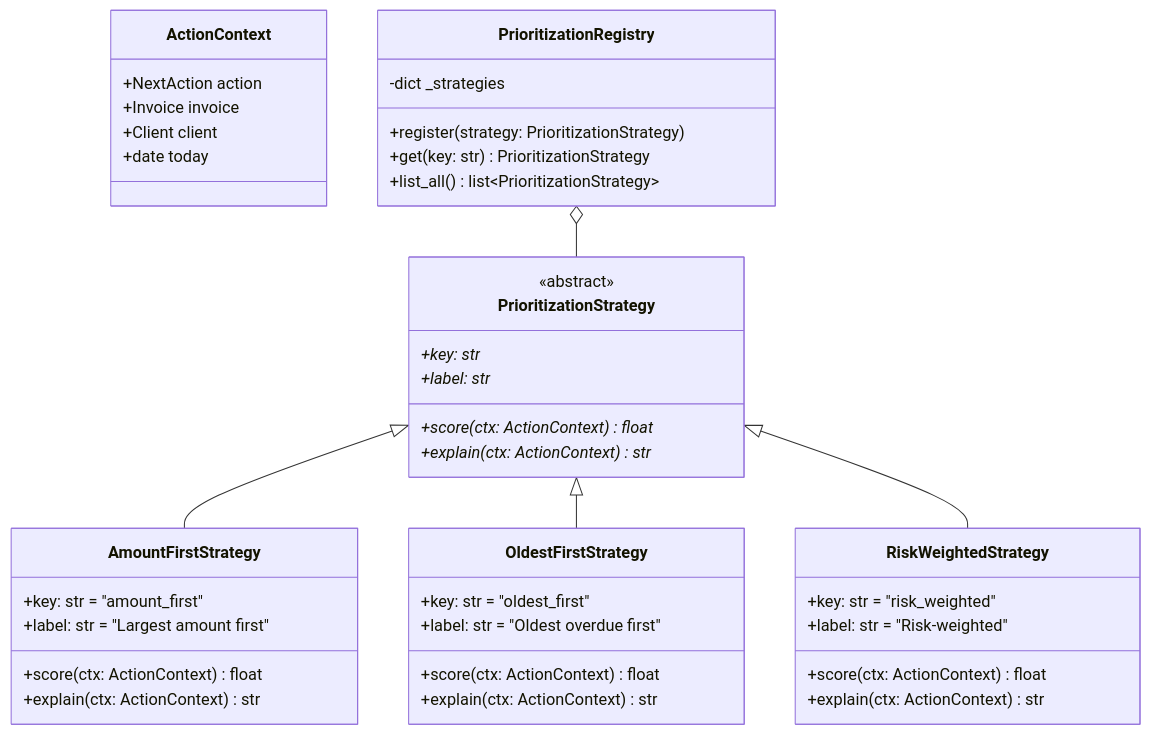
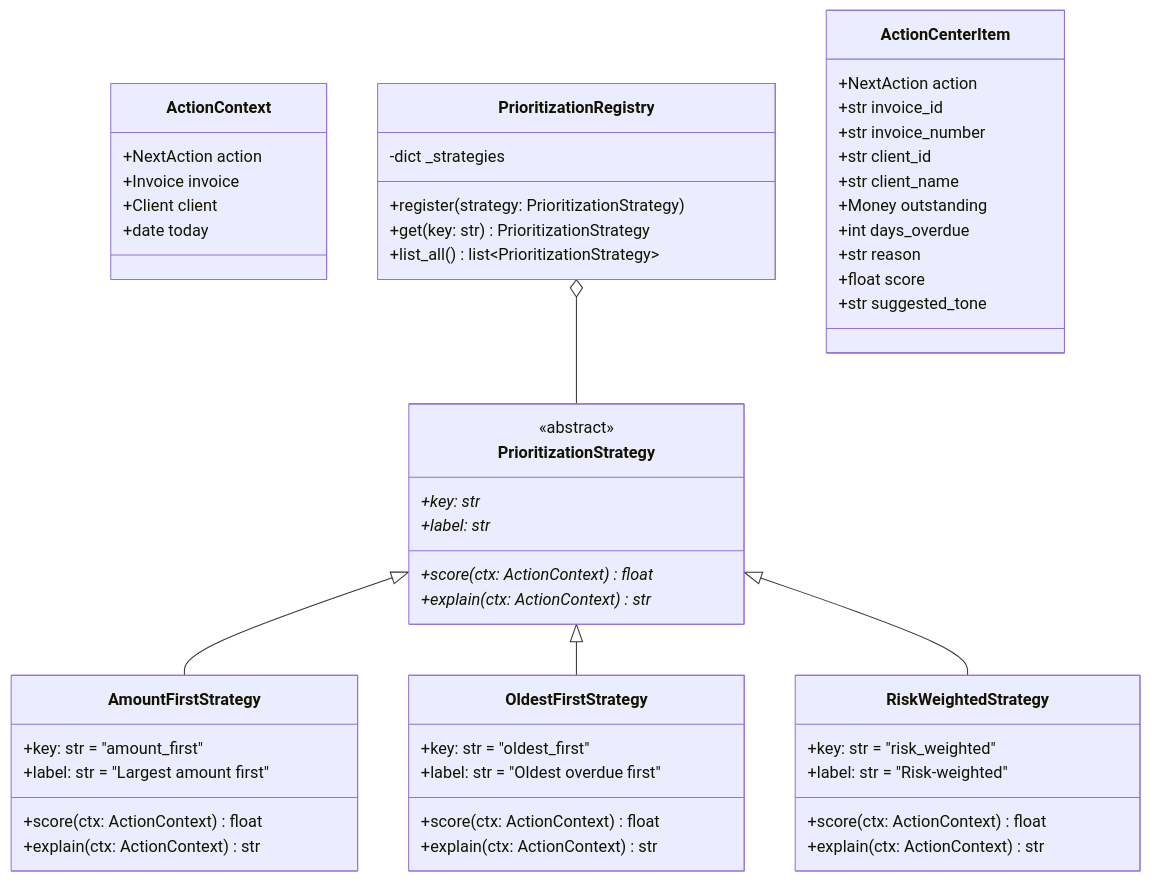
Before and after one commit to Anupam-hash926/DuePing: the second of 8 diagrams in docs/uml/03-patterns.md, drawn with Mermaid. The commit also changed other lines of this file and 115 other files, not shown here.

````diff
--- a/docs/uml/03-patterns.md
+++ b/docs/uml/03-patterns.md
@@ -53,50 +53,63 @@
 ```mermaid
 classDiagram
     class ActionContext {
         +NextAction action
         +Invoice invoice
         +Client client
         +date today
     }
 
     class PrioritizationStrategy {
         <<abstract>>
         +key: str*
         +label: str*
         +score(ctx: ActionContext)* float
         +explain(ctx: ActionContext)* str
     }
 
     class AmountFirstStrategy {
         +key: str = "amount_first"
         +label: str = "Largest amount first"
         +score(ctx: ActionContext) float
         +explain(ctx: ActionContext) str
     }
 
     class OldestFirstStrategy {
         +key: str = "oldest_first"
         +label: str = "Oldest overdue first"
         +score(ctx: ActionContext) float
         +explain(ctx: ActionContext) str
     }
 
     class RiskWeightedStrategy {
         +key: str = "risk_weighted"
         +label: str = "Risk-weighted"
         +score(ctx: ActionContext) float
         +explain(ctx: ActionContext) str
     }
 
     class PrioritizationRegistry {
         -dict _strategies
         +register(strategy: PrioritizationStrategy)
         +get(key: str) PrioritizationStrategy
         +list_all() list~PrioritizationStrategy~
     }
 
     PrioritizationStrategy <|-- AmountFirstStrategy
     PrioritizationStrategy <|-- OldestFirstStrategy
     PrioritizationStrategy <|-- RiskWeightedStrategy
     PrioritizationRegistry o-- PrioritizationStrategy
+
+    class ActionCenterItem {
+        +NextAction action
+        +str invoice_id
+        +str invoice_number
+        +str client_id
+        +str client_name
+        +Money outstanding
+        +int days_overdue
+        +str reason
+        +float score
+        +str suggested_tone
+    }
 ```
````
